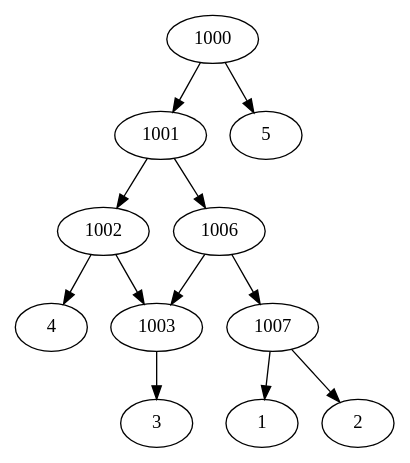
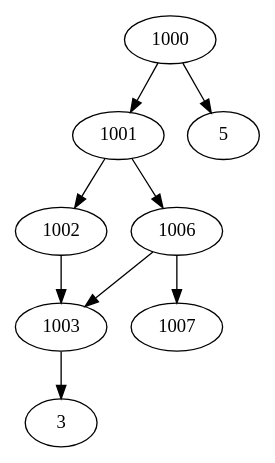
Before and after one commit to iharnoor/PhylogeneticsWebsite: the diagram in ParsingTxt/upload.dot, drawn with Graphviz. The commit also changed 6 other files, not shown here.

```diff
--- a/ParsingTxt/upload.dot
+++ b/ParsingTxt/upload.dot
@@ -1,14 +1,11 @@
 strict digraph G1 {
 1000 -> 1001
 1000 -> 5
 1001 -> 1002
 1001 -> 1006
 1002 -> 1003
-1002 -> 4
 1003 -> 3
 1006 -> 1007
 1006 -> 1003
-1007 -> 1
-1007 -> 2
 1003 -> 3
 }
```
